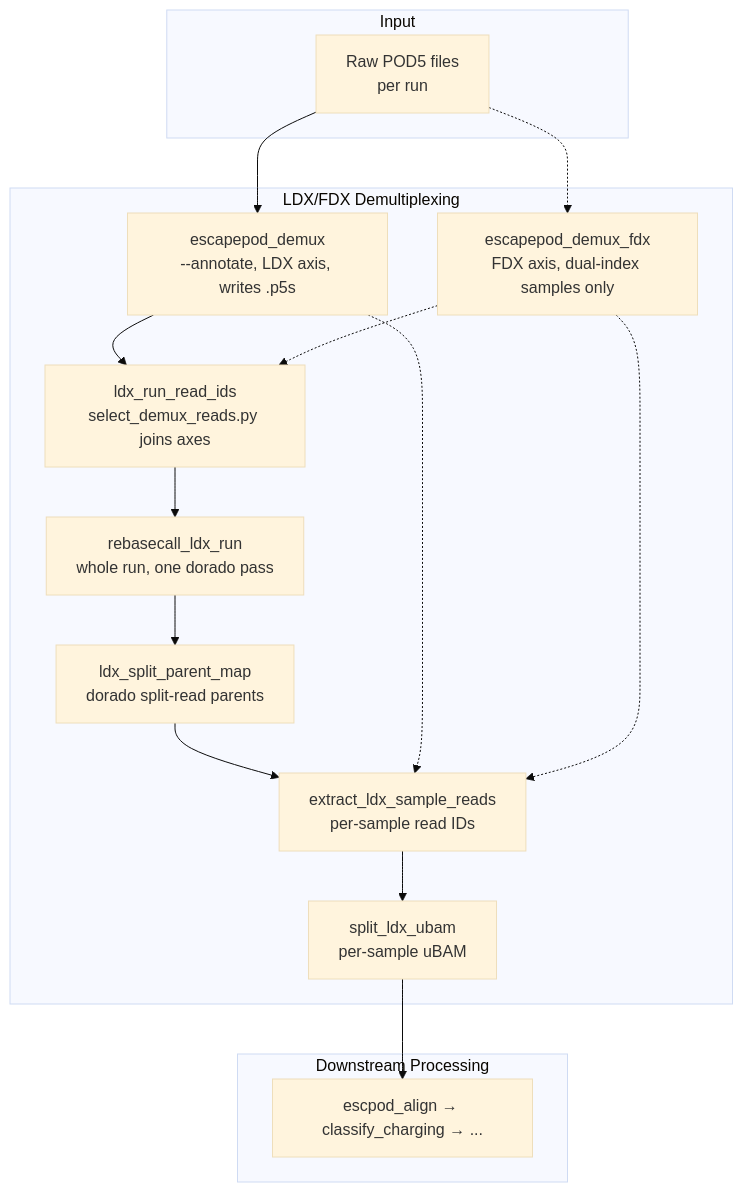
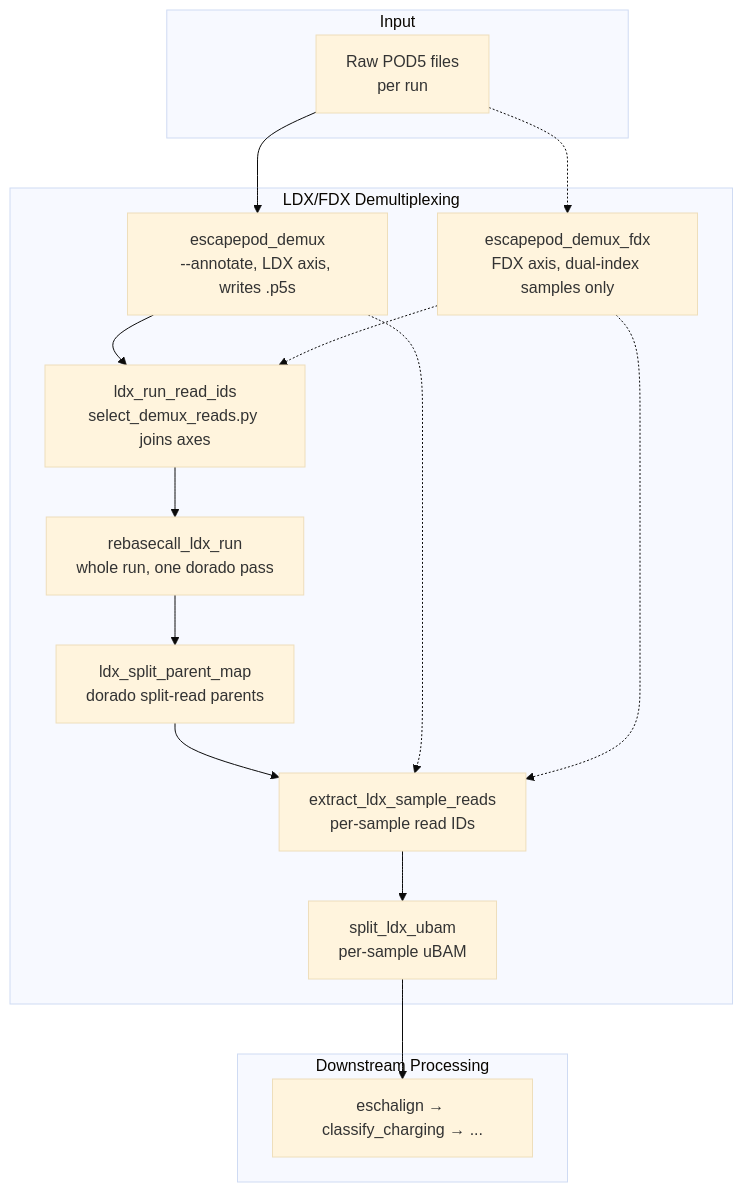
The fourth of 4 diagrams in docs/workflow/overview.md (rnabioco/aa-tRNA-seq-pipeline), drawn with Mermaid (base theme) before and after one commit. The commit also changed other lines of this file and 37 other files, not shown here.

First line of the commit message:
feat(align): migrate alignment from escpod align to eschalign (#203)

````diff
--- a/docs/workflow/overview.md
+++ b/docs/workflow/overview.md
@@ -135,28 +135,28 @@
 ```mermaid
 flowchart TB
     subgraph Input
         A[Raw POD5 files<br/>per run]
     end
 
     subgraph LDX[LDX/FDX Demultiplexing]
         B[escapepod_demux<br/>--annotate, LDX axis, writes .p5s]
         C[escapepod_demux_fdx<br/>FDX axis, dual-index samples only]
         D[ldx_run_read_ids<br/>select_demux_reads.py joins axes]
         E[rebasecall_ldx_run<br/>whole run, one dorado pass]
         F[ldx_split_parent_map<br/>dorado split-read parents]
         G[extract_ldx_sample_reads<br/>per-sample read IDs]
         H[split_ldx_ubam<br/>per-sample uBAM]
     end
 
     subgraph Downstream[Downstream Processing]
-        I[escpod_align → classify_charging → ...]
+        I[eschalign → classify_charging → ...]
     end
 
     A --> B
     A -.-> C
     B --> D
     C -.-> D
     D --> E --> F --> G --> H --> I
     B -.-> G
     C -.-> G
 ```
````
